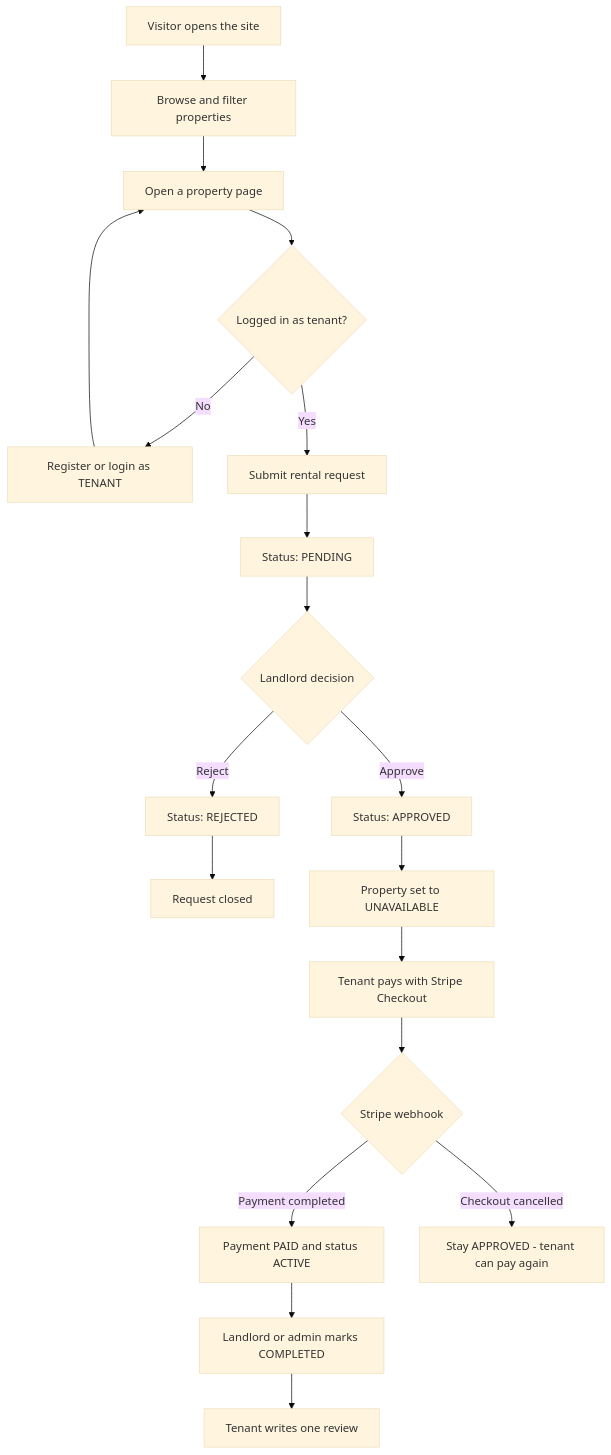
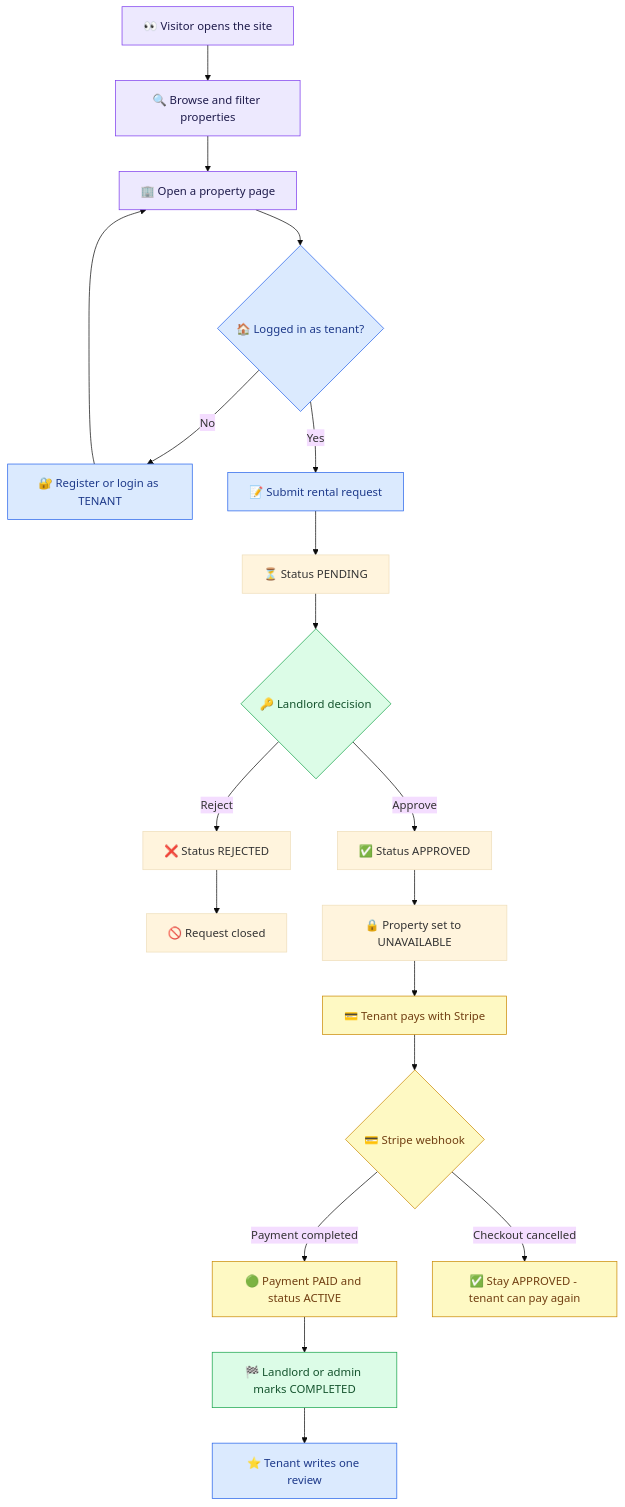
Before and after one commit to kaziashik/rentnest_frontend-: the first of 12 diagrams in RentNest-full-workflow.md, drawn with Mermaid (base theme). The commit also changed other lines of this file, not shown here.

````diff
--- a/RentNest-full-workflow.md
+++ b/RentNest-full-workflow.md
@@ -12,21 +30,30 @@
 ```mermaid
 flowchart TD
-    A[Visitor opens the site] --> B[Browse and filter properties]
-    B --> C[Open a property page]
-    C --> D{Logged in as tenant?}
-    D -- No --> E[Register or login as TENANT]
+    A["👀 Visitor opens the site"] --> B["🔍 Browse and filter properties"]
+    B --> C["🏢 Open a property page"]
+    C --> D{"🏠 Logged in as tenant?"}
+    D -- No --> E["🔐 Register or login as TENANT"]
     E --> C
-    D -- Yes --> F[Submit rental request]
-    F --> G[Status: PENDING]
-    G --> H{Landlord decision}
-    H -- Reject --> I[Status: REJECTED]
-    I --> Z[Request closed]
-    H -- Approve --> J[Status: APPROVED]
-    J --> K[Property set to UNAVAILABLE]
-    K --> L[Tenant pays with Stripe Checkout]
-    L --> M{Stripe webhook}
-    M -- Payment completed --> N[Payment PAID and status ACTIVE]
-    M -- Checkout cancelled --> O["Stay APPROVED - tenant can pay again"]
-    N --> P[Landlord or admin marks COMPLETED]
-    P --> Q[Tenant writes one review]
+    D -- Yes --> F["📝 Submit rental request"]
+    F --> G["⏳ Status PENDING"]
+    G --> H{"🔑 Landlord decision"}
+    H -- Reject --> I["❌ Status REJECTED"]
+    I --> Z["🚫 Request closed"]
+    H -- Approve --> J["✅ Status APPROVED"]
+    J --> K["🔒 Property set to UNAVAILABLE"]
+    K --> L["💳 Tenant pays with Stripe"]
+    L --> M{"💳 Stripe webhook"}
+    M -- Payment completed --> N["🟢 Payment PAID and status ACTIVE"]
+    M -- Checkout cancelled --> O["✅ Stay APPROVED - tenant can pay again"]
+    N --> P["🏁 Landlord or admin marks COMPLETED"]
+    P --> Q["⭐ Tenant writes one review"]
+
+    classDef visitor fill:#ede9fe,stroke:#7c3aed,color:#1e1b4b
+    classDef tenant fill:#dbeafe,stroke:#2563eb,color:#1e3a8a
+    classDef landlord fill:#dcfce7,stroke:#16a34a,color:#14532d
+    classDef pay fill:#fef9c3,stroke:#ca8a04,color:#713f12
+    class A,B,C visitor
+    class D,E,F,Q tenant
+    class H,P landlord
+    class L,M,N,O pay
 ```
````
